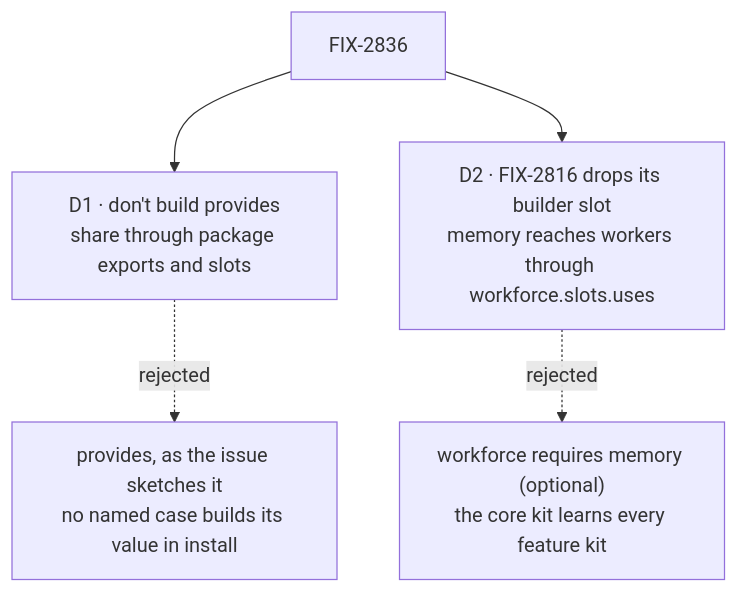
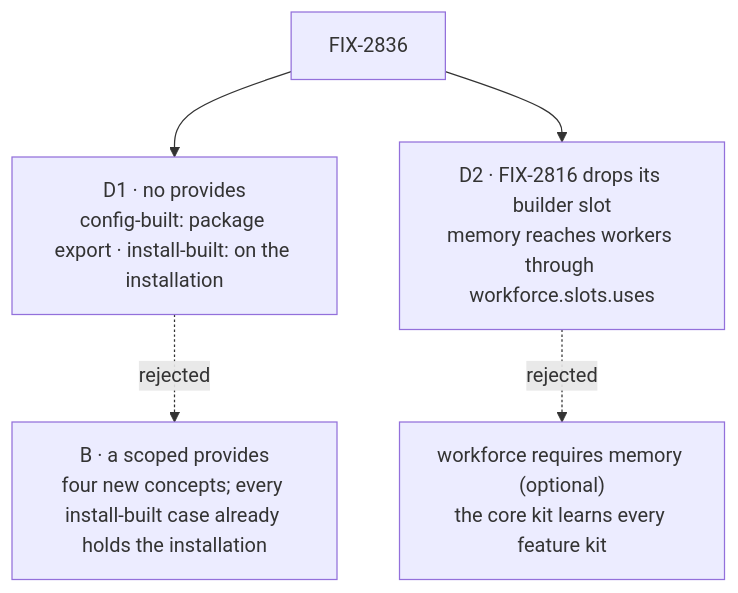
Before and after one commit to fixpoint-labs/flow-state-dev: the diagram in specs/issues/FIX-2836/DECISIONS.md, drawn with Mermaid. The commit also changed other lines of this file and 1 other file, not shown here.

First line of the commit message:
spec(FIX-2836): D1 covers install-built values (option A, owner's call)

````diff
--- a/specs/issues/FIX-2836/DECISIONS.md
+++ b/specs/issues/FIX-2836/DECISIONS.md
@@ -10,7 +12,7 @@
 ```mermaid
 flowchart TD
-  I["FIX-2836"] --> D1["D1 · don't build provides<br/>share through package exports and slots"]
-  D1 -.->|"rejected"| X1["provides, as the issue sketches it<br/>no named case builds its value in install"]
+  I["FIX-2836"] --> D1["D1 · no provides<br/>config-built: package export · install-built: on the installation"]
+  D1 -.->|"rejected"| X1["B · a scoped provides<br/>four new concepts; every install-built case already holds the installation"]
   I --> D2["D2 · FIX-2816 drops its builder slot<br/>memory reaches workers through workforce.slots.uses"]
   D2 -.->|"rejected"| X2["workforce requires memory (optional)<br/>the core kit learns every feature kit"]
 ```
````
